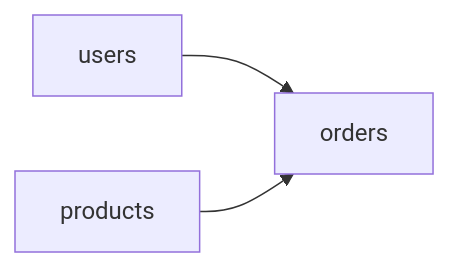
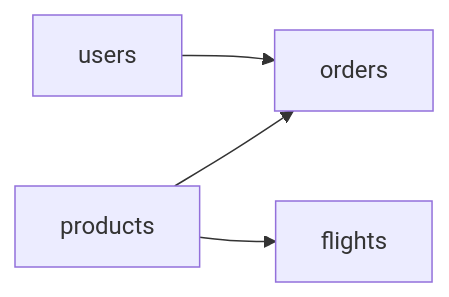
The eighth of 9 diagrams in .qoder/repowiki/zh/content/数据库设计.md (haohailiang/qoder-fullstack), drawn with Mermaid before and after one commit. The commit also changed other lines of this file and 48 other files, not shown here.

````diff
--- a/.qoder/repowiki/zh/content/数据库设计.md
+++ b/.qoder/repowiki/zh/content/数据库设计.md
@@ -310,5 +376,6 @@
 ```mermaid
 graph LR
 USERS["users"] --> ORDERS["orders"]
 PRODUCTS["products"] --> ORDERS["orders"]
+PRODUCTS["products"] --> FLIGHTS["flights"]
 ```
````
